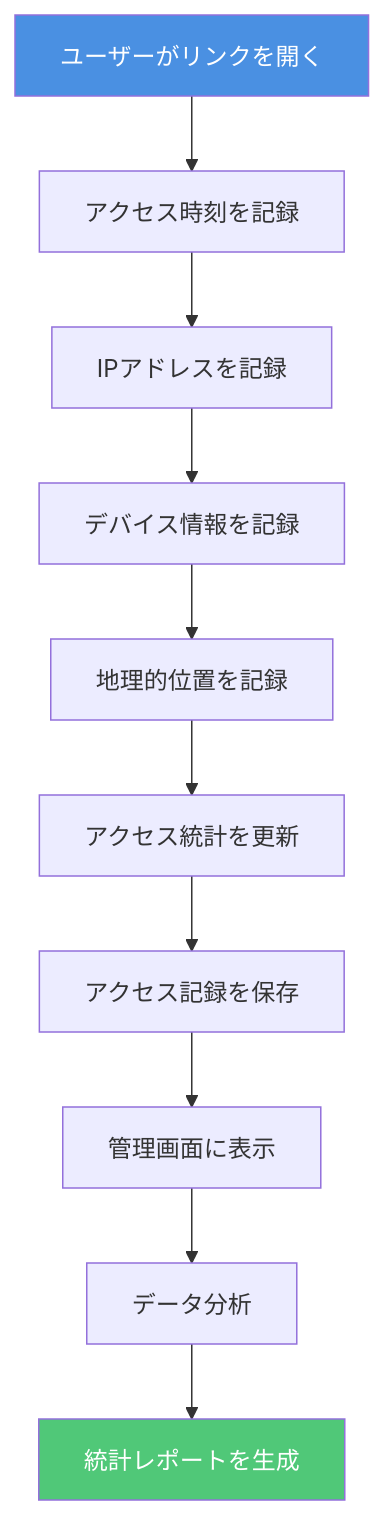
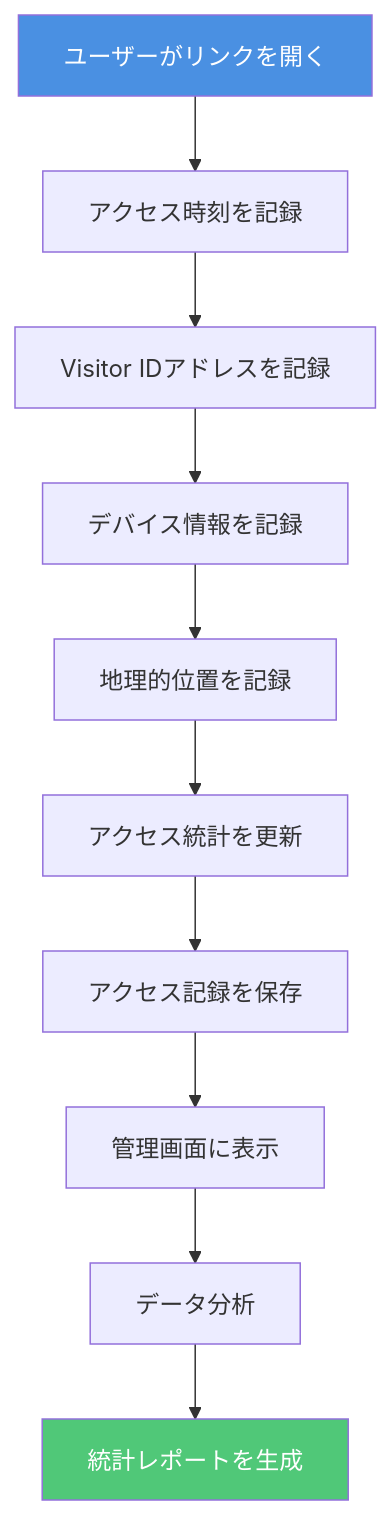
One commit to mythenigma/cloudflareAstro changed the sixth of 12 diagrams in src/content/blog/ja/pdf-sharing-introduction.md. Above: the diagram before and after it, drawn with Mermaid. The commit also changed other lines of this file and 353 other files, not shown here.

````diff
--- a/src/content/blog/ja/pdf-sharing-introduction.md
+++ b/src/content/blog/ja/pdf-sharing-introduction.md
@@ -204,15 +204,15 @@
 ```mermaid
 flowchart TD
     A[ユーザーがリンクを開く] --> B[アクセス時刻を記録]
-    B --> C[IPアドレスを記録]
+    B --> C[Visitor IDアドレスを記録]
     C --> D[デバイス情報を記録]
     D --> E[地理的位置を記録]
     E --> F[アクセス統計を更新]
     F --> G[アクセス記録を保存]
     G --> H[管理画面に表示]
     H --> I[データ分析]
     I --> J[統計レポートを生成]
     
     style A fill:#4A90E2,color:#fff
     style J fill:#50C878,color:#fff
 ```
````
